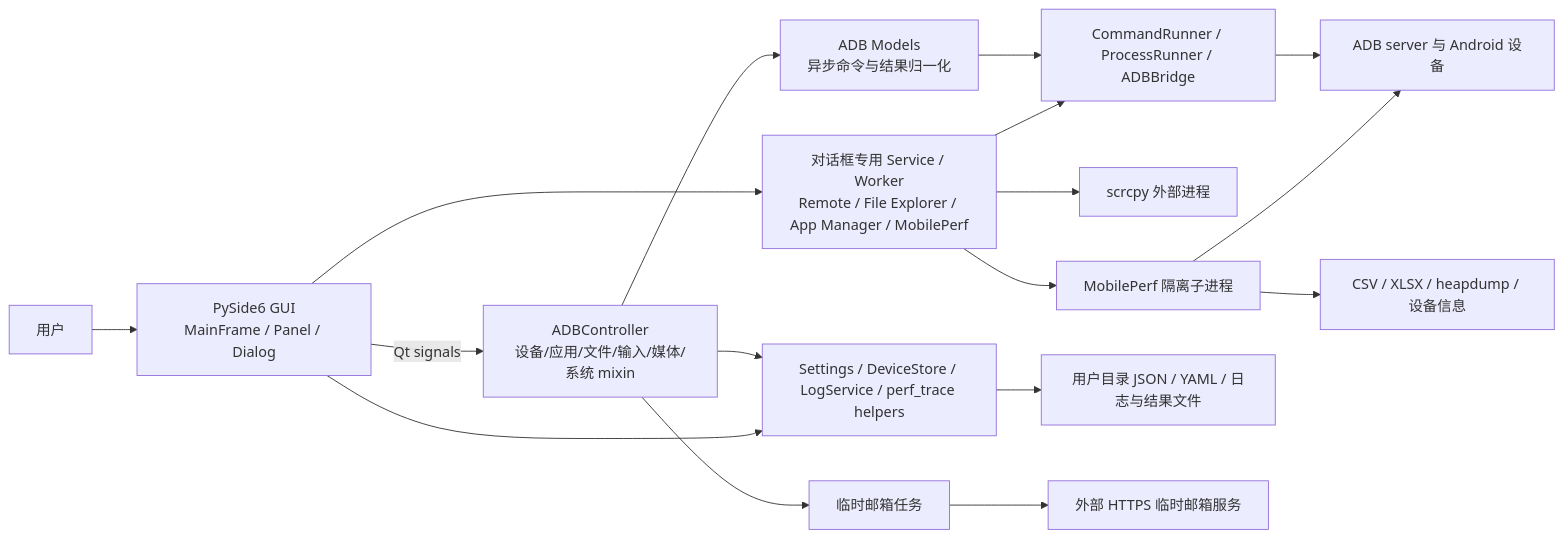
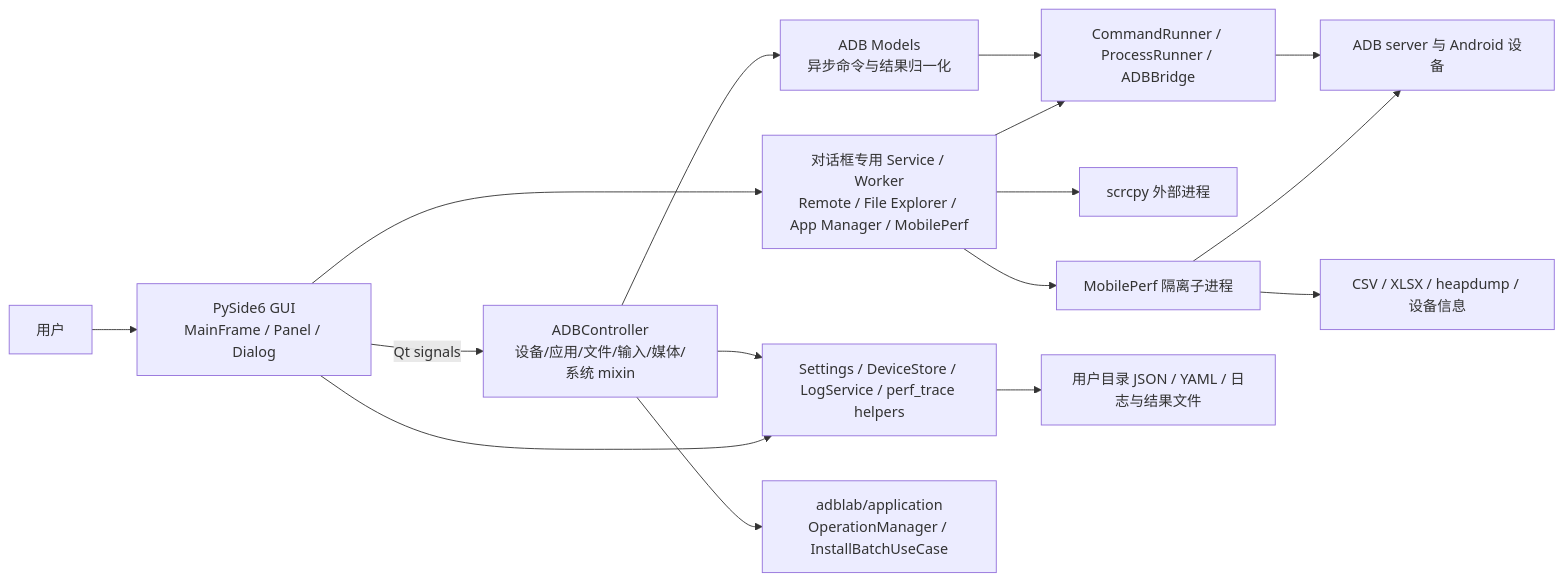
One commit to BlackHu-art/ADBLab changed the first of 2 diagrams in docs/project-knowledge/ARCHITECTURE.md. Above: the diagram before and after it, drawn with Mermaid. The commit also changed other lines of this file and 13 other files, not shown here.

````diff
--- a/docs/project-knowledge/ARCHITECTURE.md
+++ b/docs/project-knowledge/ARCHITECTURE.md
@@ -7,19 +7,18 @@
 ```mermaid
 flowchart LR
     User["用户"] --> GUI["PySide6 GUI<br/>MainFrame / Panel / Dialog"]
     GUI -->|"Qt signals"| Controller["ADBController<br/>设备/应用/文件/输入/媒体/系统 mixin"]
     Controller --> Models["ADB Models<br/>异步命令与结果归一化"]
     GUI --> DialogServices["对话框专用 Service / Worker<br/>Remote / File Explorer / App Manager / MobilePerf"]
     Models --> Exec["CommandRunner / ProcessRunner / ADBBridge"]
     DialogServices --> Exec
     Exec --> ADB["ADB server 与 Android 设备"]
     DialogServices --> Scrcpy["scrcpy 外部进程"]
     DialogServices --> MP["MobilePerf 隔离子进程"]
     Controller --> Core["Settings / DeviceStore / LogService / perf_trace helpers"]
+    Controller --> UseCases["adblab/application<br/>OperationManager / InstallBatchUseCase"]
     GUI --> Core
     Core --> Store["用户目录 JSON / YAML / 日志与结果文件"]
-    Controller --> Mail["临时邮箱任务"]
-    Mail --> HTTP["外部 HTTPS 临时邮箱服务"]
     MP --> ADB
     MP --> Results["CSV / XLSX / heapdump / 设备信息"]
 ```
````
